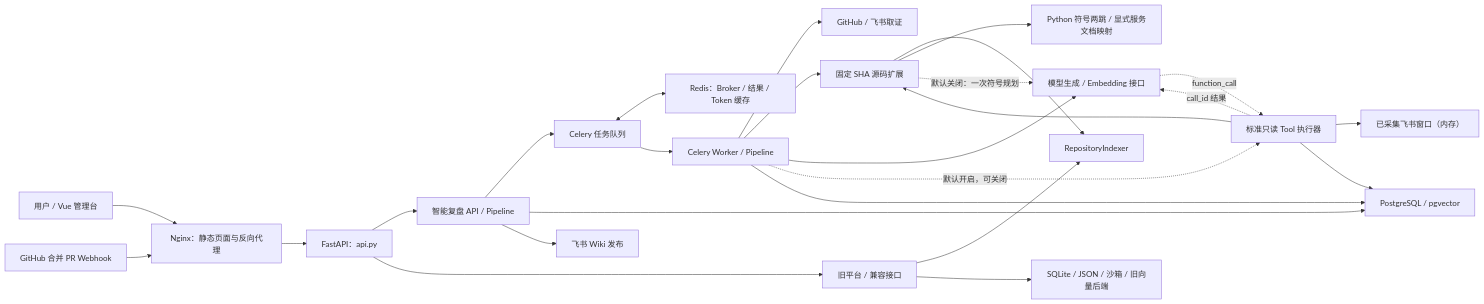
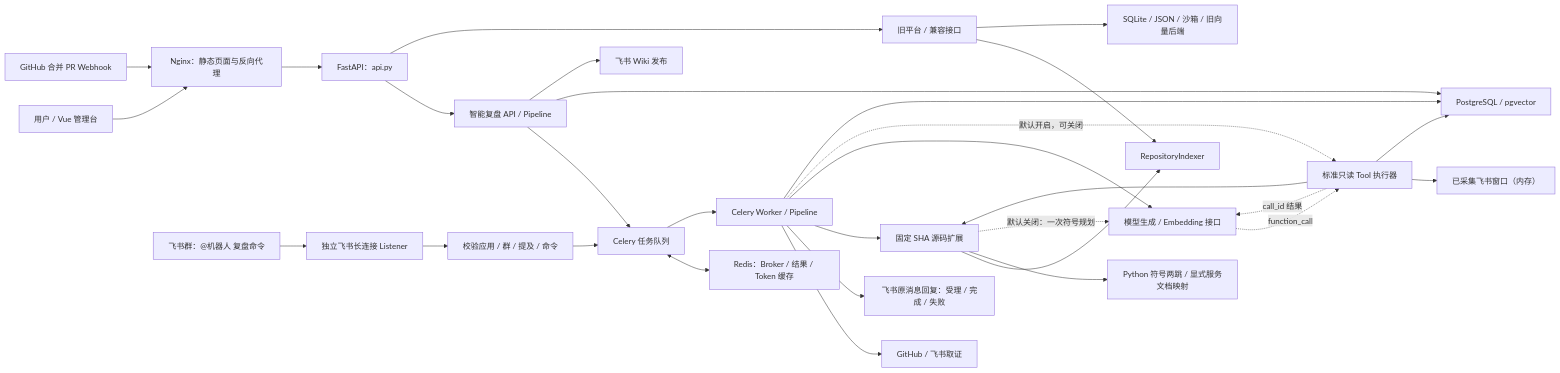
One commit to CaiRongjiang7/Insight-agent changed the diagram in docs/architecture.md. Above: the diagram before and after it, drawn with Mermaid. The commit also changed other lines of this file and 23 other files, not shown here.

````diff
--- a/docs/architecture.md
+++ b/docs/architecture.md
@@ -27,28 +27,32 @@
 ```mermaid
 flowchart LR
     User["用户 / Vue 管理台"] --> Nginx["Nginx：静态页面与反向代理"]
     GH["GitHub 合并 PR Webhook"] --> Nginx
+    FS["飞书群：@机器人 复盘命令"] --> Listener["独立飞书长连接 Listener"]
+    Listener --> Commands["校验应用 / 群 / 提及 / 命令"]
+    Commands --> Queue
     Nginx --> API["FastAPI：api.py"]
     API --> Main["智能复盘 API / Pipeline"]
     API --> Legacy["旧平台 / 兼容接口"]
     Main --> Queue["Celery 任务队列"]
     Queue <--> Redis["Redis：Broker / 结果 / Token 缓存"]
     Queue --> Worker["Celery Worker / Pipeline"]
     Worker --> Sources["GitHub / 飞书取证"]
+    Worker --> Replies["飞书原消息回复：受理 / 完成 / 失败"]
     Worker --> Code["固定 SHA 源码扩展"]
     Code --> Indexer["RepositoryIndexer"]
     Code --> Symbols["Python 符号两跳 / 显式服务文档映射"]
     Code -. "默认关闭：一次符号规划" .-> Model
     Legacy --> Indexer
     Worker --> Model["模型生成 / Embedding 接口"]
     Worker -. "默认开启，可关闭" .-> Tools["标准只读 Tool 执行器"]
     Model -. "function_call" .-> Tools
     Tools -. "call_id 结果" .-> Model
     Tools --> Code
     Tools --> Cached["已采集飞书窗口（内存）"]
     Tools --> DB
     Main --> DB["PostgreSQL / pgvector"]
     Worker --> DB
     Main --> Wiki["飞书 Wiki 发布"]
     Legacy --> Local["SQLite / JSON / 沙箱 / 旧向量后端"]
 ```
````
